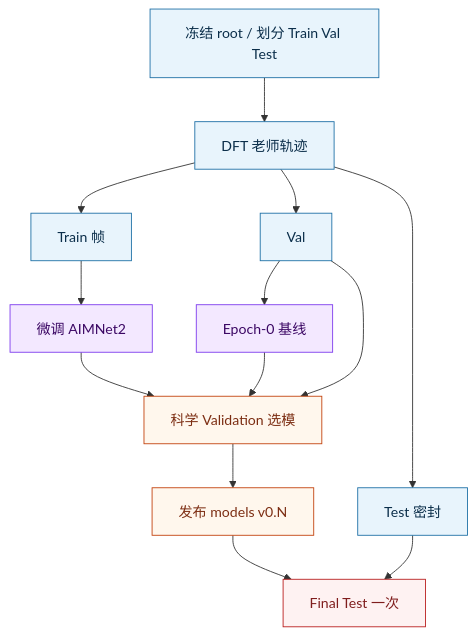
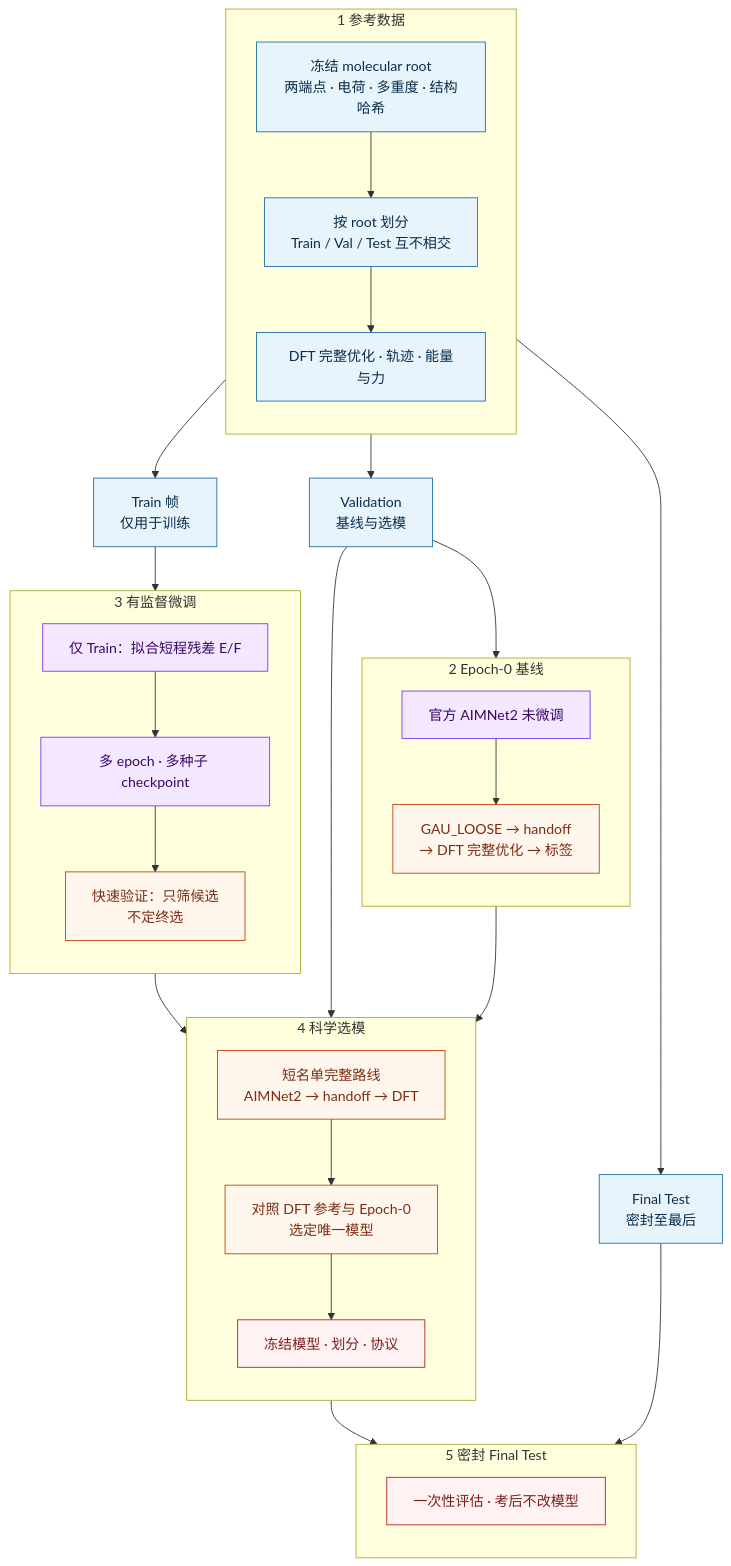
One commit to lijiawei0305-pixel/nhc0801 changed the diagram in README.md. Above: the diagram before and after it, drawn with Mermaid. The commit also changed other lines of this file, not shown here.

Commit message:
Restore fuller Method Overview text in README.
Bring back stage table, shared evaluation route, and g00N paths while
keeping Mermaid labels quoted for GitHub rendering.

````diff
--- a/README.md
+++ b/README.md
@@ -47,25 +49,60 @@
 ```mermaid
 flowchart TB
   classDef data fill:#e8f4fc,stroke:#1d6fa5,color:#0b2e4a
   classDef model fill:#f3e8ff,stroke:#7c3aed,color:#3b0764
   classDef gate fill:#fff7ed,stroke:#c2410c,color:#7c2d12
   classDef seal fill:#fef2f2,stroke:#b91c1c,color:#7f1d1d
 
-  A["冻结 root / 划分 Train Val Test"] --> B["DFT 老师轨迹"]
-  B --> C["Train 帧"]
-  B --> D["Val"]
-  B --> E["Test 密封"]
-  D --> F["Epoch-0 基线"]
-  C --> G["微调 AIMNet2"]
-  G --> H["科学 Validation 选模"]
-  F --> H
-  D --> H
-  H --> I["发布 models v0.N"]
-  I --> J["Final Test 一次"]
+  subgraph P1["1 参考数据"]
+    direction TB
+    A["冻结 molecular root<br/>两端点 · 电荷 · 多重度 · 结构哈希"]
+    B["按 root 划分<br/>Train / Val / Test 互不相交"]
+    C["DFT 完整优化 · 轨迹 · 能量与力"]
+    A --> B --> C
+  end
+
+  C --> Train["Train 帧<br/>仅用于训练"]
+  C --> Val["Validation<br/>基线与选模"]
+  C --> Test["Final Test<br/>密封至最后"]
+
+  subgraph P2["2 Epoch-0 基线"]
+    direction TB
+    D["官方 AIMNet2 未微调"]
+    E["GAU_LOOSE → handoff<br/>→ DFT 完整优化 → 标签"]
+    D --> E
+  end
+
+  subgraph P3["3 有监督微调"]
+    direction TB
+    F["仅 Train：拟合短程残差 E/F"]
+    G["多 epoch · 多种子 checkpoint"]
+    H["快速验证：只筛候选<br/>不定终选"]
+    F --> G --> H
+  end
+
+  subgraph P4["4 科学选模"]
+    direction TB
+    I["短名单完整路线<br/>AIMNet2 → handoff → DFT"]
+    J["对照 DFT 参考与 Epoch-0<br/>选定唯一模型"]
+    K["冻结模型 · 划分 · 协议"]
+    I --> J --> K
+  end
+
+  subgraph P5["5 密封 Final Test"]
+    direction TB
+    L["一次性评估 · 考后不改模型"]
+  end
+
+  Val --> D
+  Train --> F
+  Val --> I
   E --> J
+  H --> I
+  K --> L
+  Test --> L
 
-  class A,B,C,D,E data
-  class F,G model
-  class H,I gate
-  class J seal
+  class A,B,C,Train,Val,Test data
+  class D,F,G model
+  class E,H,I,J gate
+  class K,L seal
 ```
````
